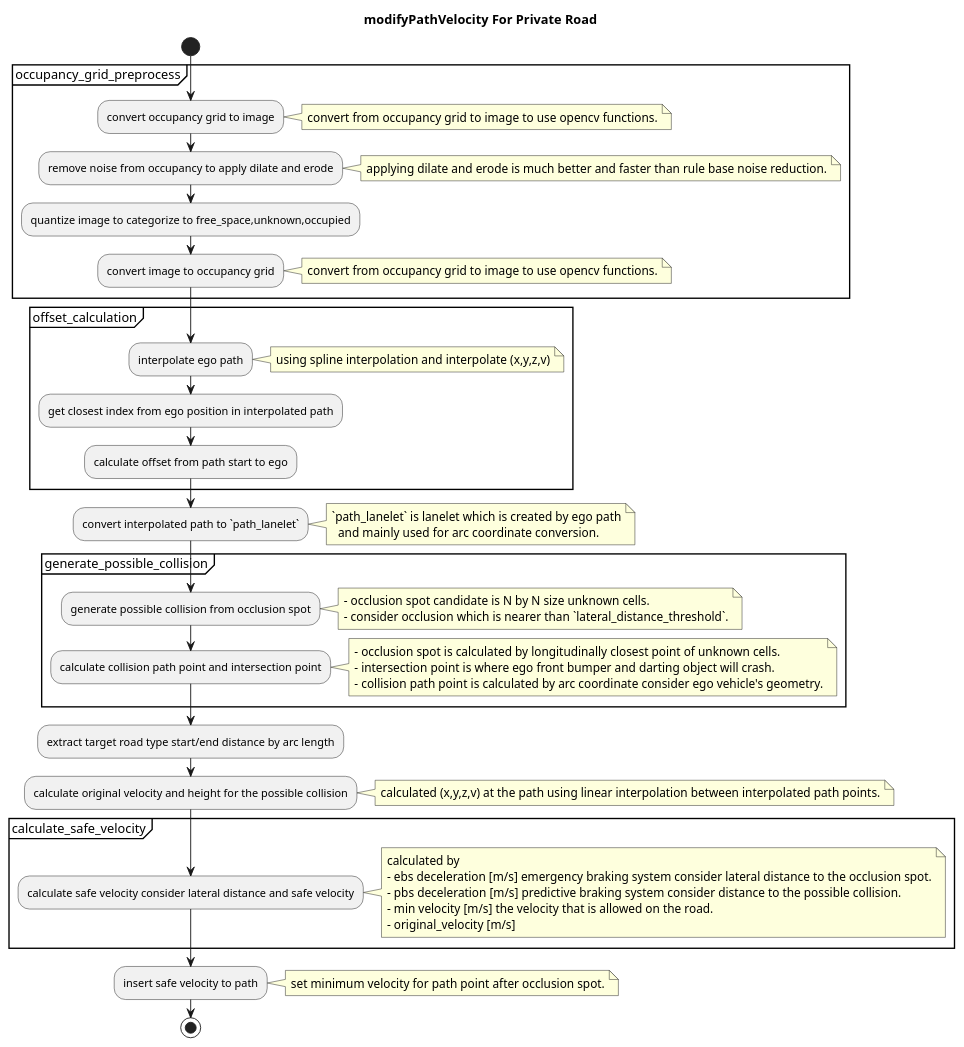
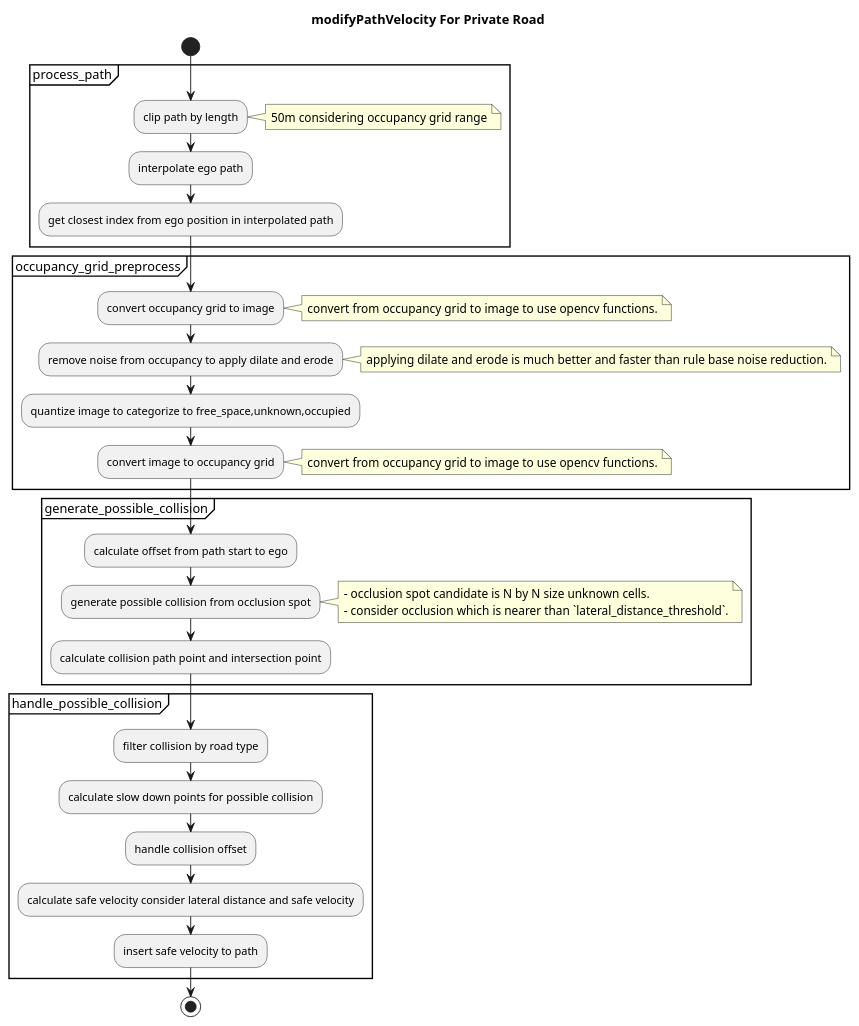
One commit to autowarefoundation/autoware changed the third of 3 diagrams in planning/behavior_velocity_planner/occlusion-spot-design.md. Above: the diagram before and after it, drawn with PlantUML. The commit also changed other lines of this file and 10 other files, not shown here.

First line of the commit message:
fix(behavior_velocity): occlusion spot offset (#290)

````diff
--- a/planning/behavior_velocity_planner/occlusion-spot-design.md
+++ b/planning/behavior_velocity_planner/occlusion-spot-design.md
@@ -192,67 +203,47 @@
 ```plantuml
 @startuml
 title modifyPathVelocity For Private Road
 start
+
+partition process_path {
+:clip path by length;
+note right
+  50m considering occupancy grid range
+end note
+:interpolate ego path;
+:get closest index from ego position in interpolated path;
+}
 partition occupancy_grid_preprocess {
 :convert occupancy grid to image;
 note right
   convert from occupancy grid to image to use opencv functions.
 end note
 :remove noise from occupancy to apply dilate and erode;
 note right
   applying dilate and erode is much better and faster than rule base noise reduction.
 end note
 :quantize image to categorize to free_space,unknown,occupied;
 :convert image to occupancy grid;
 note right
   convert from occupancy grid to image to use opencv functions.
 end note
 }
-partition offset_calculation {
-:interpolate ego path;
-note right
-  using spline interpolation and interpolate (x,y,z,v)
-end note
-:get closest index from ego position in interpolated path;
+partition generate_possible_collision {
 :calculate offset from path start to ego;
-}
-:convert interpolated path to `path_lanelet`;
-note right
-  `path_lanelet` is lanelet which is created by ego path
-    and mainly used for arc coordinate conversion.
-end note
-partition generate_possible_collision {
 :generate possible collision from occlusion spot;
 note right
   - occlusion spot candidate is N by N size unknown cells.
   - consider occlusion which is nearer than `lateral_distance_threshold`.
 end note
 :calculate collision path point and intersection point;
-note right
-  - occlusion spot is calculated by longitudinally closest point of unknown cells.
-  - intersection point is where ego front bumper and darting object will crash.
-  - collision path point is calculated by arc coordinate consider ego vehicle's geometry.
-end note
 }
-:extract target road type start/end distance by arc length;
-:calculate original velocity and height for the possible collision;
-note right
-calculated (x,y,z,v) at the path using linear interpolation between interpolated path points.
-end note
-partition calculate_safe_velocity {
+partition handle_possible_collision {
+:filter collision by road type;
+:calculate slow down points for possible collision;
+:handle collision offset;
 :calculate safe velocity consider lateral distance and safe velocity;
-note right
-calculated by
-- ebs deceleration [m/s] emergency braking system consider lateral distance to the occlusion spot.
-- pbs deceleration [m/s] predictive braking system consider distance to the possible collision.
-- min velocity [m/s] the velocity that is allowed on the road.
-- original_velocity [m/s]
-end note
+:insert safe velocity to path;
 }
-:insert safe velocity to path;
-note right
- set minimum velocity for path point after occlusion spot.
-end note
 stop
 @enduml
 ```
````
